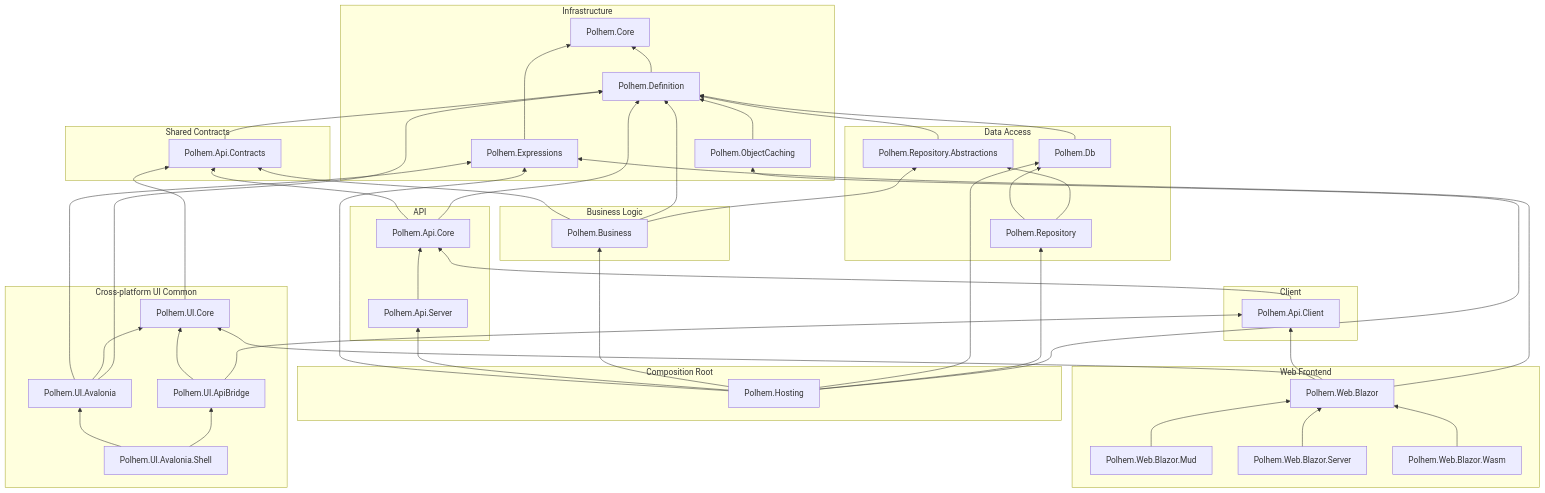
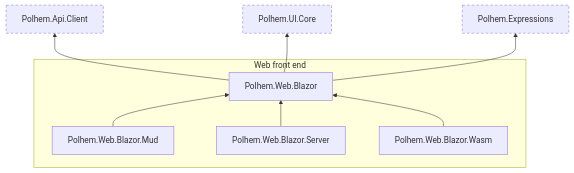
Before and after one commit to polhem-dev/polhem: the eighth of 8 diagrams in docs/en/architecture/dependency-map.md, drawn with Mermaid. The commit also changed other lines of this file and 5 other files, not shown here.

First line of the commit message:
Split the dependency map into an overview and one diagram per area (#279)

````diff
--- a/docs/en/architecture/dependency-map.md
+++ b/docs/en/architecture/dependency-map.md
@@ -15,86 +194,21 @@
 ```mermaid
 graph BT
-  subgraph Infrastructure
-    Base["Polhem.Core"]
-    Expressions["Polhem.Expressions"]
-    Definition["Polhem.Definition"]
-    Caching["Polhem.ObjectCaching"]
-  end
-
-  subgraph DataAccess [Data Access]
-    RepoAbs["Polhem.Repository.Abstractions"]
-    Db["Polhem.Db"]
-    Repo["Polhem.Repository"]
-  end
-
-  subgraph BusinessLogic [Business Logic]
-    Business["Polhem.Business"]
-  end
-
-  subgraph SharedContracts [Shared Contracts]
-    Contracts["Polhem.Api.Contracts"]
-  end
-
-  subgraph API
-    Core["Polhem.Api.Core"]
-    Server["Polhem.Api.Server"]
-  end
-
-  subgraph CompositionRoot [Composition Root]
-    Hosting["Polhem.Hosting"]
-  end
-
-  subgraph ClientLayer [Client]
-    Client["Polhem.Api.Client"]
-  end
-
-  subgraph CrossPlatformUI [Cross-platform UI Common]
-    UICore["Polhem.UI.Core"]
-    UIAvalonia["Polhem.UI.Avalonia"]
-    UIApiBridge["Polhem.UI.ApiBridge"]
-    UIShell["Polhem.UI.Avalonia.Shell"]
-  end
-
-  subgraph WebFrontend [Web Frontend]
+  subgraph Web ["Web front end"]
     BlazorShared["Polhem.Web.Blazor"]
     BlazorMud["Polhem.Web.Blazor.Mud"]
     BlazorSrv["Polhem.Web.Blazor.Server"]
     BlazorWasm["Polhem.Web.Blazor.Wasm"]
   end
+  Client["Polhem.Api.Client"]:::other
+  UICore["Polhem.UI.Core"]:::other
+  Expressions["Polhem.Expressions"]:::other
 
-  Definition --> Base
-  Expressions --> Base
-  Hosting --> Expressions
-  UIAvalonia --> Expressions
-  Contracts --> Definition
-  Db --> Definition
-  RepoAbs --> Definition
-  Caching --> Definition
-  Business --> Contracts
-  Business --> Definition
-  Business --> RepoAbs
-  Repo --> Db
-  Repo --> RepoAbs
-  Core --> Contracts
-  Core --> Definition
-  Server --> Core
-  Hosting --> Server
-  Hosting --> Business
-  Hosting --> Db
-  Hosting --> Repo
-  Hosting --> Caching
-  Client --> Core
-  UICore --> Contracts
-  UIAvalonia --> UICore
-  UIAvalonia --> Definition
-  UIApiBridge --> UICore
-  UIApiBridge --> Client
-  UIShell --> UIAvalonia
-  UIShell --> UIApiBridge
   BlazorShared --> Client
   BlazorShared --> UICore
   BlazorShared --> Expressions
   BlazorMud --> BlazorShared
   BlazorSrv --> BlazorShared
   BlazorWasm --> BlazorShared
+
+  classDef other stroke-dasharray: 5 4
 ```
````
